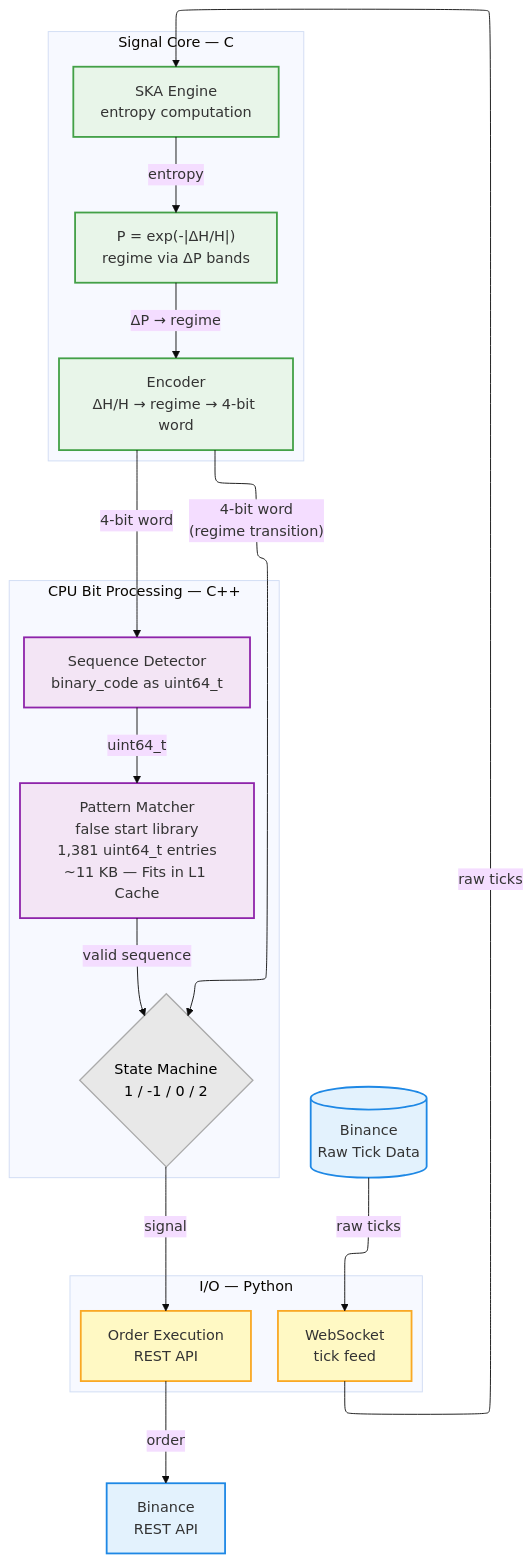
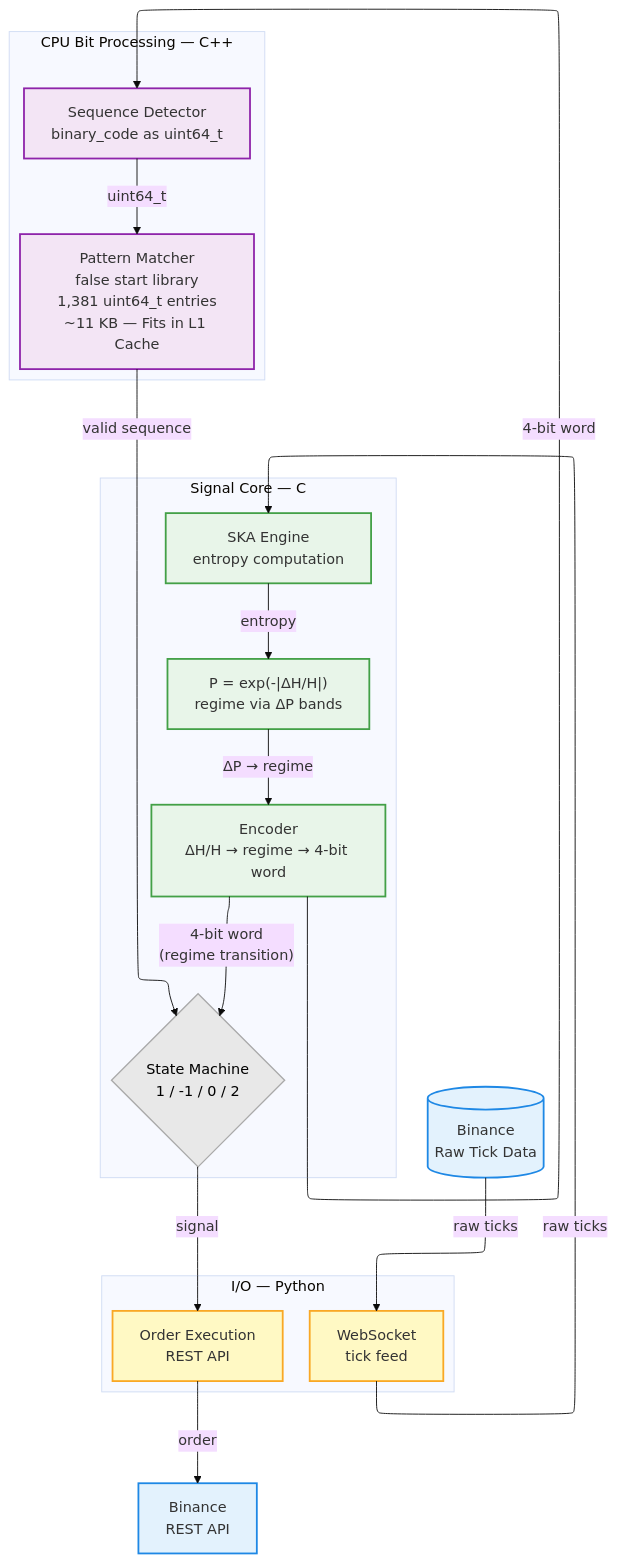
One commit to quantiota/SKA-quantitative-finance changed the diagram in ska_engine_c/trading-bot_diagram.mmd. Above: the diagram before and after it, drawn with Mermaid. The commit also changed other lines of this file and 2 other files, not shown here.

```diff
--- a/ska_engine_c/trading-bot_diagram.mmd
+++ b/ska_engine_c/trading-bot_diagram.mmd
@@ -1,50 +1,50 @@
 ---
 config:
   look: classic
   theme: base
   layout: elk
 ---
 flowchart TB
  subgraph IO["I/O — Python"]
     direction TB
         WS["WebSocket\ntick feed"]
         ORDER["Order Execution\nREST API"]
   end
  subgraph SignalCore["Signal Core — C"]
     direction TB
         ENGINE["SKA Engine\nentropy computation"]
         P["P = exp(-|ΔH/H|)\nregime via ΔP bands"]
         ENC["Encoder\nΔH/H → regime → 4-bit word"]
+        SM{"State Machine<br/>1 / -1 / 0 / 2"}
   end
  subgraph BitProcessing["CPU Bit Processing — C++"]
     direction TB
         SEQ["Sequence Detector\nbinary_code as uint64_t"]
-        PAT["Pattern Matcher\nfalse start library\n1,381 uint64_t entries\n~11 KB — Fits in L1 Cache"]  
-        SM{"State Machine<br/>1 / -1 / 0 / 2"}
+        PAT["Pattern Matcher\nfalse start library\n1,381 uint64_t entries\n~11 KB — Fits in L1 Cache"]
   end
     ENGINE -- entropy --> P
     P -- ΔP → regime --> ENC
     SEQ -- uint64_t --> PAT
     PAT -- valid sequence --> SM
     BINANCE[("Binance\nRaw Tick Data")] -- raw ticks --> WS
     WS -- raw ticks --> ENGINE
     ENC -- "4-bit word" --> SEQ
-    ENC -- "4-bit word\n(regime transition)" --> SM
+    ENC -- "4-bit word<br>(regime transition)" --> SM
     SM -- signal --> ORDER
     ORDER -- order --> EXCHANGE["Binance\nREST API"]
 
      BINANCE:::data
      EXCHANGE:::data
      WS:::io
      ORDER:::io
      ENGINE:::binary
      P:::binary
      ENC:::binary
      SEQ:::flow
      PAT:::flow
      SM:::signal
     classDef data     fill:#E3F2FD,stroke:#1E88E5,stroke-width:2px
     classDef binary   fill:#E8F5E9,stroke:#43A047,stroke-width:2px
     classDef flow     fill:#F3E5F5,stroke:#8E24AA,stroke-width:2px
     classDef io       fill:#FFF9C4,stroke:#F9A825,stroke-width:2px
     classDef signal   fill:#E8E8E8,stroke:#AAAAAA,color:#000,stroke-width:1.5px
```
